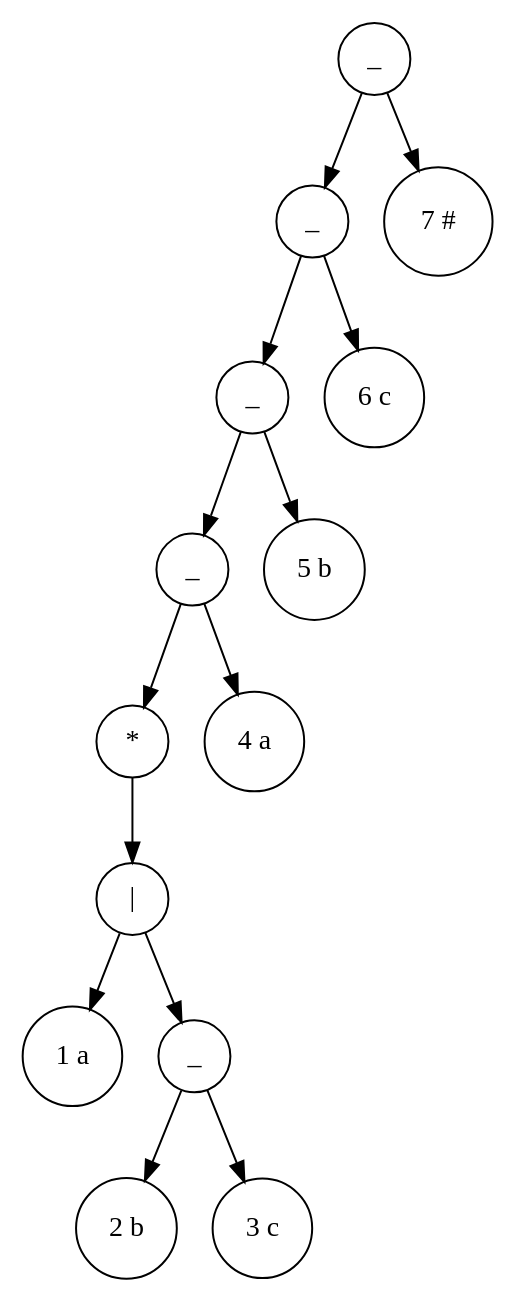
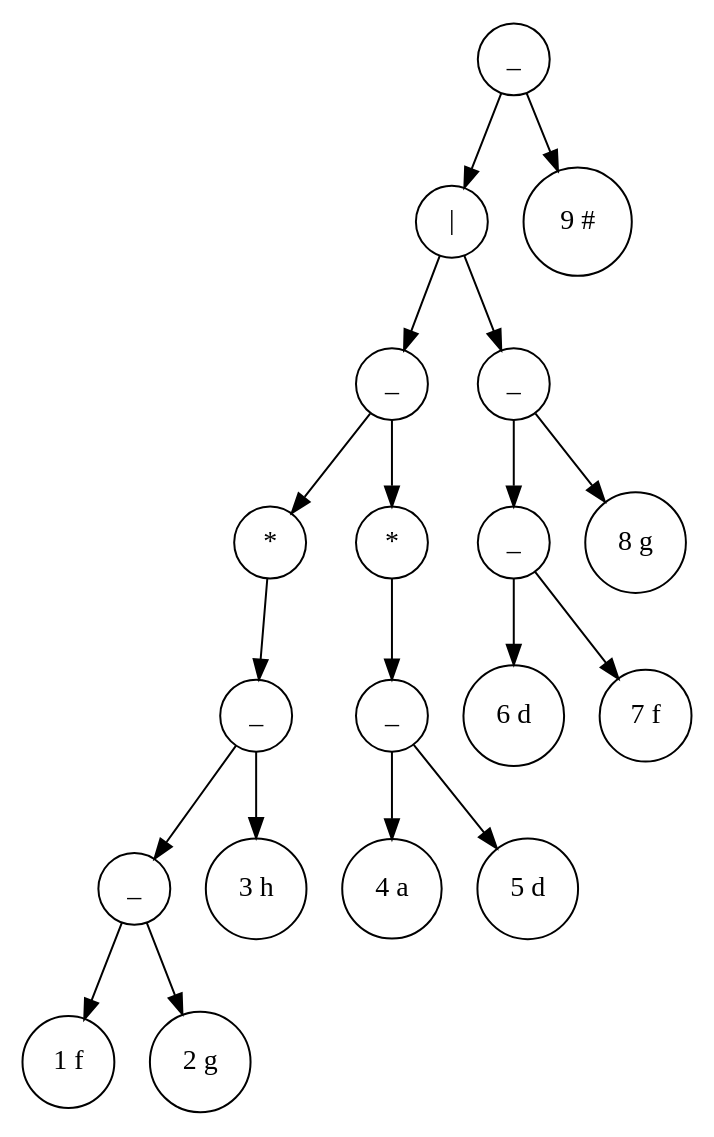
The diagram in tree_output/tree_output.dot (x6x4/LAB2_URGENCY), drawn with Graphviz before and after one commit. The commit also changed 6 other files, not shown here.

```diff
--- a/tree_output/tree_output.dot
+++ b/tree_output/tree_output.dot
@@ -1,30 +1,40 @@
 digraph Tree {
 node [shape=circle];
-93983000532752 [label="_"];
-93983000532752 -> 93983000532544;
-93983000532544 [label="_"];
-93983000532544 -> 93983000532448;
-93983000532448 [label="_"];
-93983000532448 -> 93983000532352;
-93983000532352 [label="_"];
-93983000532352 -> 93983000532256;
-93983000532256 [label="*"];
-93983000532256 -> 93983000532208;
-93983000532208 [label="|"];
-93983000532208 -> 93983000531648;
-93983000531648 [label="1 a"];
-93983000532208 -> 93983000532160;
-93983000532160 [label="_"];
-93983000532160 -> 93983000531840;
-93983000531840 [label="2 b"];
-93983000532160 -> 93983000532000;
-93983000532000 [label="3 c"];
-93983000532352 -> 93983000532304;
-93983000532304 [label="4 a"];
-93983000532448 -> 93983000532400;
-93983000532400 [label="5 b"];
-93983000532544 -> 93983000532496;
-93983000532496 [label="6 c"];
-93983000532752 -> 93983000532592;
-93983000532592 [label="7 #"];
+93826611210512 [label="_"];
+93826611210512 -> 93826611210304;
+93826611210304 [label="|"];
+93826611210304 -> 93826611210016;
+93826611210016 [label="_"];
+93826611210016 -> 93826611209552;
+93826611209552 [label="*"];
+93826611209552 -> 93826611209504;
+93826611209504 [label="_"];
+93826611209504 -> 93826611209296;
+93826611209296 [label="_"];
+93826611209296 -> 93826611208944;
+93826611208944 [label="1 f"];
+93826611209296 -> 93826611209136;
+93826611209136 [label="2 g"];
+93826611209504 -> 93826611209344;
+93826611209344 [label="3 h"];
+93826611210016 -> 93826611209968;
+93826611209968 [label="*"];
+93826611209968 -> 93826611209920;
+93826611209920 [label="_"];
+93826611209920 -> 93826611209600;
+93826611209600 [label="4 a"];
+93826611209920 -> 93826611209760;
+93826611209760 [label="5 d"];
+93826611210304 -> 93826611210256;
+93826611210256 [label="_"];
+93826611210256 -> 93826611210160;
+93826611210160 [label="_"];
+93826611210160 -> 93826611210064;
+93826611210064 [label="6 d"];
+93826611210160 -> 93826611210112;
+93826611210112 [label="7 f"];
+93826611210256 -> 93826611210208;
+93826611210208 [label="8 g"];
+93826611210512 -> 93826611210352;
+93826611210352 [label="9 #"];
 }
```
